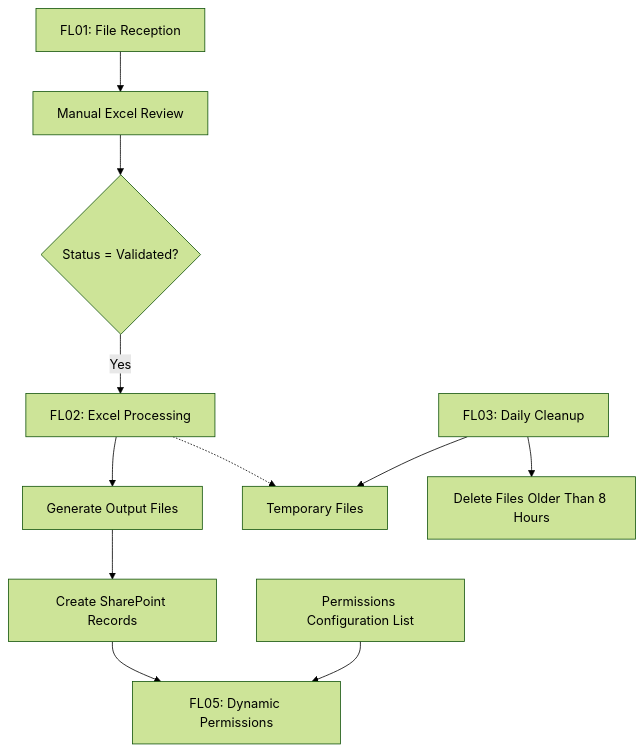
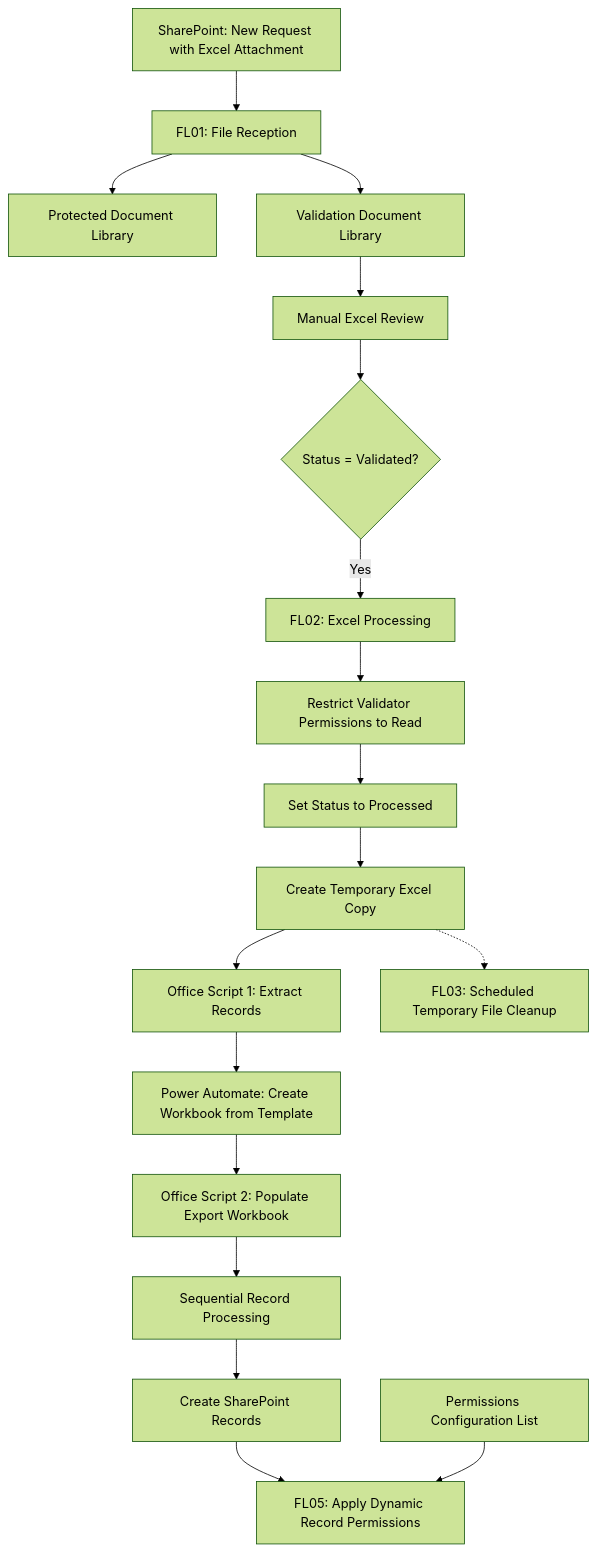
Before and after one commit to smartinmunoz/power-platform-portfolio: the diagram in Power-Automate/SharePoint-Excel-Automation/docs/architecture.md, drawn with Mermaid (forest theme). The commit also changed other lines of this file, not shown here.

Commit message:
Improve solution architecture diagram

````diff
--- a/Power-Automate/SharePoint-Excel-Automation/docs/architecture.md
+++ b/Power-Automate/SharePoint-Excel-Automation/docs/architecture.md
@@ -24,13 +12,39 @@
 ```mermaid
 flowchart TD
-    A["FL01: File Reception"] --> B["Manual Excel Review"]
-    B --> C{"Status = Validated?"}
-    C -->|Yes| D["FL02: Excel Processing"]
-    D --> E["Generate Output Files"]
-    E --> F["Create SharePoint Records"]
-    F --> G["FL05: Dynamic Permissions"]
-    H["Permissions Configuration List"] --> G
-    D -.-> I["Temporary Files"]
-    J["FL03: Daily Cleanup"] --> I
-    J --> K["Delete Files Older Than 8 Hours"]
+    A["SharePoint: New Request with Excel Attachment"]
+    B["FL01: File Reception"]
+    C["Protected Document Library"]
+    D["Validation Document Library"]
+    E["Manual Excel Review"]
+    F{"Status = Validated?"}
+    G["FL02: Excel Processing"]
+    H["Restrict Validator Permissions to Read"]
+    I["Set Status to Processed"]
+    J["Create Temporary Excel Copy"]
+    K["Office Script 1: Extract Records"]
+    L["Power Automate: Create Workbook from Template"]
+    M["Office Script 2: Populate Export Workbook"]
+    N["Sequential Record Processing"]
+    O["Create SharePoint Records"]
+    P["FL05: Apply Dynamic Record Permissions"]
+    Q["Permissions Configuration List"]
+    R["FL03: Scheduled Temporary File Cleanup"]
+
+    A --> B
+    B --> C
+    B --> D
+    D --> E
+    E --> F
+    F -->|Yes| G
+    G --> H
+    H --> I
+    I --> J
+    J --> K
+    K --> L
+    L --> M
+    M --> N
+    N --> O
+    O --> P
+    Q --> P
+    J -.-> R
 ```
````
